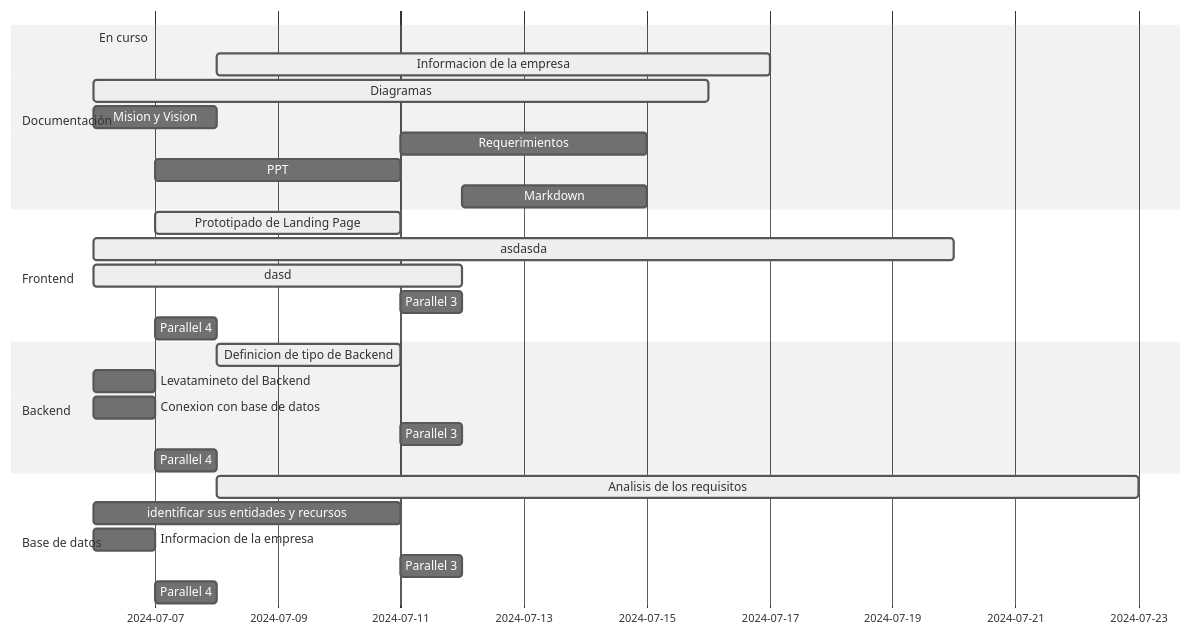
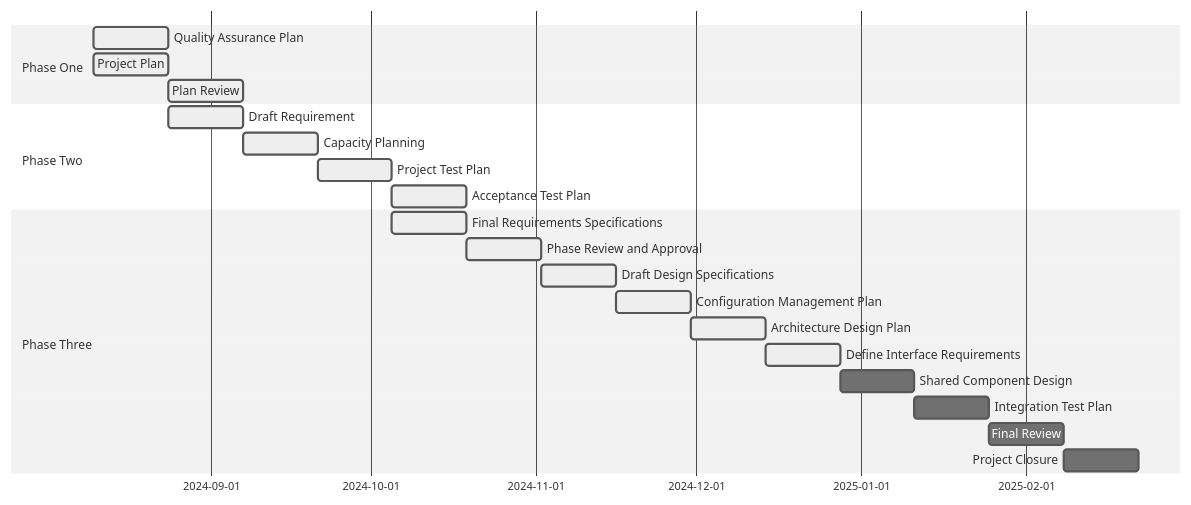
Before and after one commit to JulianCamachoCalle/DonnaPizza2: the sixth of 6 diagrams in README.md, drawn with Mermaid (neutral theme).

````diff
--- a/README.md
+++ b/README.md
@@ -768,36 +768,29 @@
 ``` mermaid
 gantt
-    section Documentación
+    section Phase One
 
-    En curso :active,    des1, 2024-07-06, 2024-08-01
-    Informacion de la empresa        :active,   des2, 2024-07-08, 9d
-    Diagramas   :active,         des3, after des1, 10d
-    Mision y Vision   :       des4, after des1, 2d
-    Requerimientos  :         des5, after des3, 4d
-    PPT   :         des6, after des4, 4d
-    Markdown :      des7, after des5, 3d
+    Quality Assurance Plan           :active,    task1, 2024-08-10, 14d
+    Project Plan                     :active,    task2, 2024-08-10, 14d
+    Plan Review                      :active,    task3, 2024-08-24, 14d
 
-    section Frontend
+section Phase Two
 
-    Prototipado de Landing Page        :active,  des2, 2024-07-07, 4d
-    asdasda :active,         des3, after des1, 14d
-    dasd :active,         des4, after des1, 6d
-    Parallel 3   :         des5, after des3, 1d
-    Parallel 4   :         des6, after des4, 1d
+    Draft Requirement                :active,    task4, 2024-08-24, 14d
+    Capacity Planning                :active,    task5, 2024-09-07, 14d
+    Project Test Plan                :active,    task6, 2024-09-21, 14d
+    Acceptance Test Plan             :active,    task7, 2024-10-05, 14d
 
-    section Backend
+section Phase Three
 
-    Definicion de tipo de Backend        :active,  des2, 2024-07-08, 3d
-    Levatamineto del Backend  :         des3, after des1, 1d
-    Conexion con base de datos  :         des4, after des1, 1d
-    Parallel 3   :         des5, after des3, 1d
-    Parallel 4   :         des6, after des4, 1d
+    Final Requirements Specifications:active,    task8, 2024-10-05, 14d
+    Phase Review and Approval        :active,    task9, 2024-10-19, 14d
+    Draft Design Specifications      :active,    task10, 2024-11-02, 14d
+    Configuration Management Plan    :active,    task11, 2024-11-16, 14d
+    Architecture Design Plan         :active,    task12, 2024-11-30, 14d
+    Define Interface Requirements    :active,    task13, 2024-12-14, 14d
+    Shared Component Design          :          task14, after task13, 14d
+    Integration Test Plan            :          task15, after task14, 14d
+    Final Review                     :          task16, after task15, 14d
+    Project Closure                  :          task17, after task16, 14d
 
-    section Base de datos
-
-    Analisis de los requisitos        :active,  des2, 2024-07-08, 15d
-    identificar sus entidades y recursos    :         des3, after des1, 5d
-    Informacion de la empresa   :         des4, after des1, 1d
-    Parallel 3   :         des5, after des3, 1d
-    Parallel 4   :         des6, after des4, 1d
 ``` 
````
